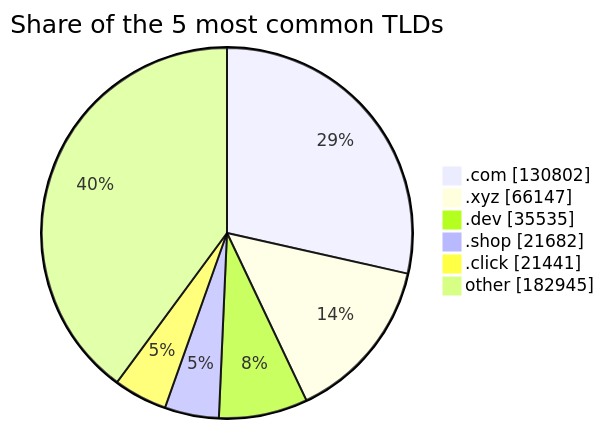
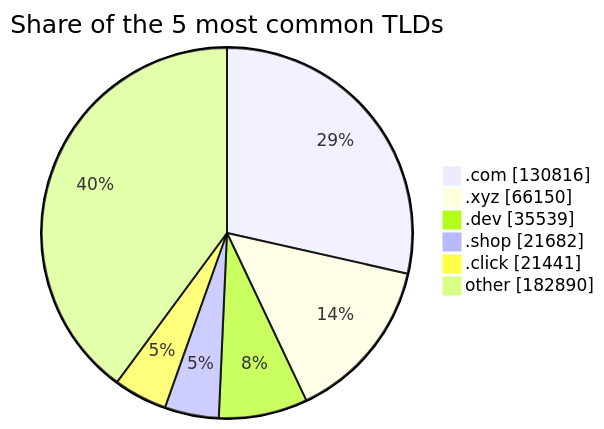
One commit to DNSBunker/CTI changed the third of 3 diagrams in README.md. Above: the diagram before and after it, drawn with Mermaid. The commit also changed other lines of this file and 3 other files, not shown here.

````diff
--- a/README.md
+++ b/README.md
@@ -81,9 +81,9 @@
 ```mermaid
 pie showData title Share of the 5 most common TLDs
-    ".com" : 130802
-    ".xyz" : 66147
-    ".dev" : 35535
+    ".com" : 130816
+    ".xyz" : 66150
+    ".dev" : 35539
     ".shop" : 21682
     ".click" : 21441
-    "other" : 182945
+    "other" : 182890
 ```
````
